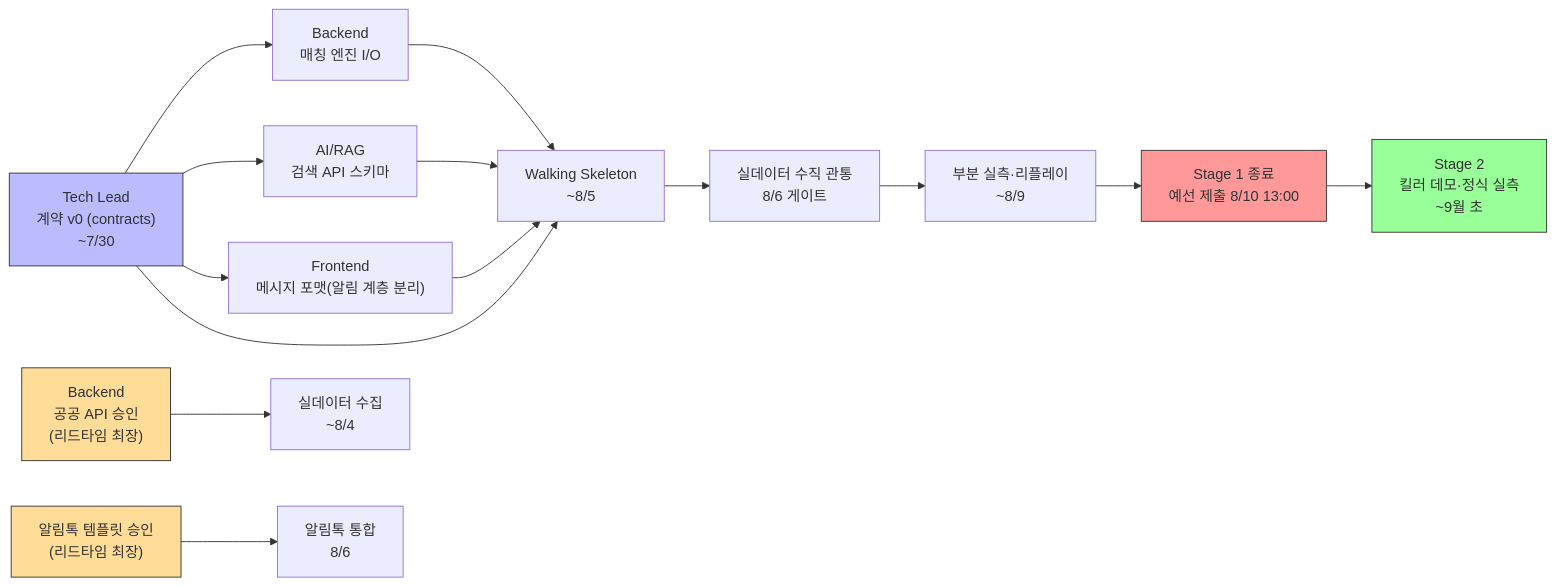
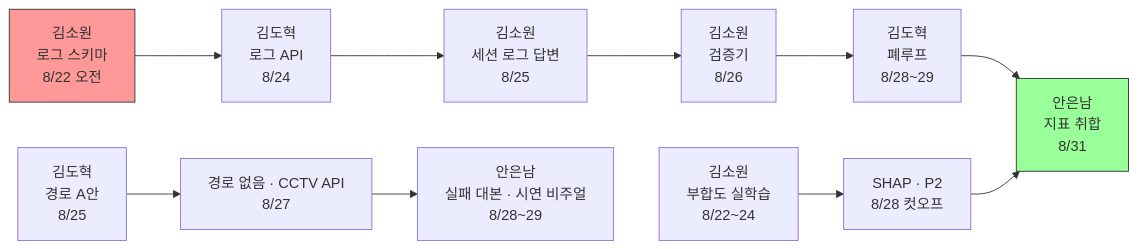
The diagram in docs/역할_일정/00-overall.md (team-savers/savers-project), drawn with Mermaid before and after one commit. The commit also changed other lines of this file and 12 other files, not shown here.

````diff
--- a/docs/역할_일정/00-overall.md
+++ b/docs/역할_일정/00-overall.md
@@ -111,24 +140,17 @@
 ```mermaid
 flowchart LR
-    T1["Tech Lead<br/>계약 v0 (contracts)<br/>~7/30"] --> B["Backend<br/>매칭 엔진 I/O"]
-    T1 --> R["AI/RAG<br/>검색 API 스키마"]
-    T1 --> F["Frontend<br/>메시지 포맷(알림 계층 분리)"]
-    T1 --> SK["Walking Skeleton<br/>~8/5"]
+    S["김소원<br/>로그 스키마<br/>8/22 오전"] --> A1["김도혁<br/>로그 API<br/>8/24"]
+    A1 --> A2["김소원<br/>세션 로그 답변<br/>8/25"]
+    A2 --> A3["김소원<br/>검증기<br/>8/26"]
+    A3 --> A4["김도혁<br/>폐루프<br/>8/28~29"]
+    A4 --> A5["안은남<br/>지표 취합<br/>8/31"]
 
-    APIapp["Backend<br/>공공 API 승인<br/>(리드타임 최장)"] --> B2["실데이터 수집<br/>~8/4"]
-    KAKAO["알림톡 템플릿 승인<br/>(리드타임 최장)"] --> F3["알림톡 통합<br/>8/6"]
+    B1["김소원<br/>부합도 실학습<br/>8/22~24"] --> B2["SHAP · P2<br/>8/28 컷오프"]
+    B2 --> A5
 
-    B --> SK
-    R --> SK
-    F --> SK
-    SK --> INT["실데이터 수직 관통<br/>8/6 게이트"]
-    INT --> EVAL["부분 실측·리플레이<br/>~8/9"]
-    EVAL --> SUB["Stage 1 종료<br/>예선 제출 8/10 13:00"]
-    SUB --> KILLER["Stage 2<br/>킬러 데모·정식 실측<br/>~9월 초"]
+    C1["김도혁<br/>경로 A안<br/>8/25"] --> C3["경로 없음 · CCTV API<br/>8/27"]
+    C3 --> C4["안은남<br/>실패 대본 · 시연 비주얼<br/>8/28~29"]
 
-    style T1 fill:#bbf,stroke:#333
-    style SUB fill:#f99,stroke:#333
-    style KILLER fill:#9f9,stroke:#333
-    style APIapp fill:#fd9,stroke:#333
-    style KAKAO fill:#fd9,stroke:#333
+    style S fill:#f99,stroke:#333
+    style A5 fill:#9f9,stroke:#333
 ```
````
